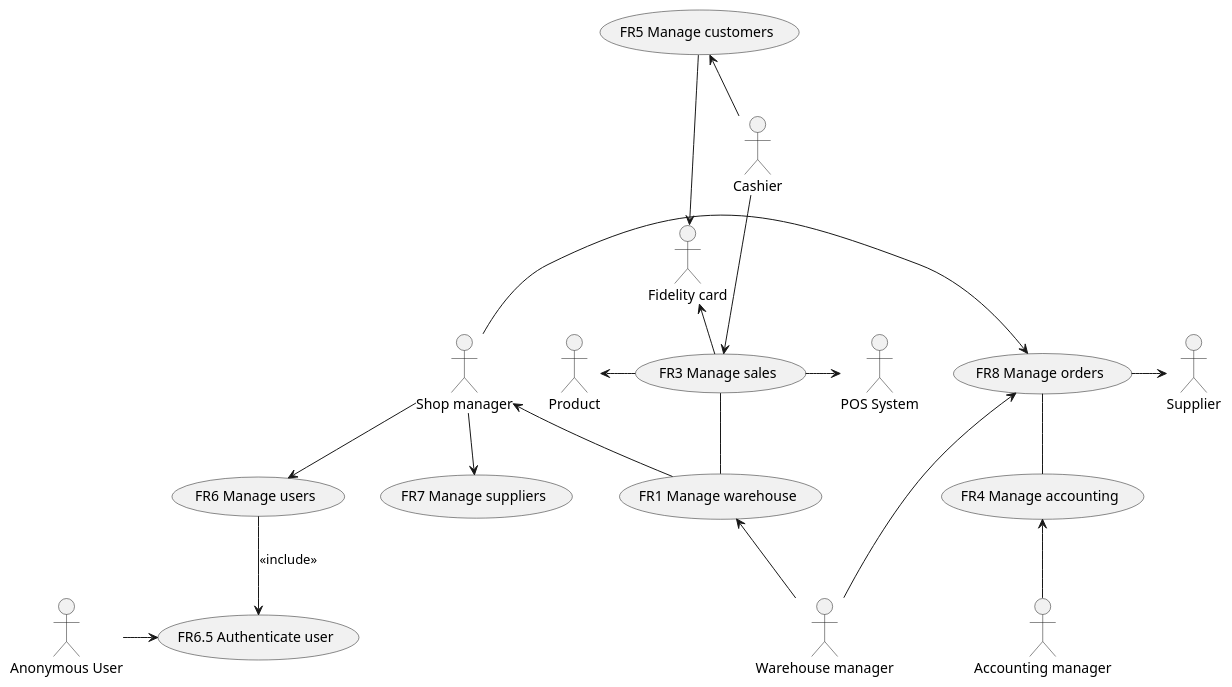
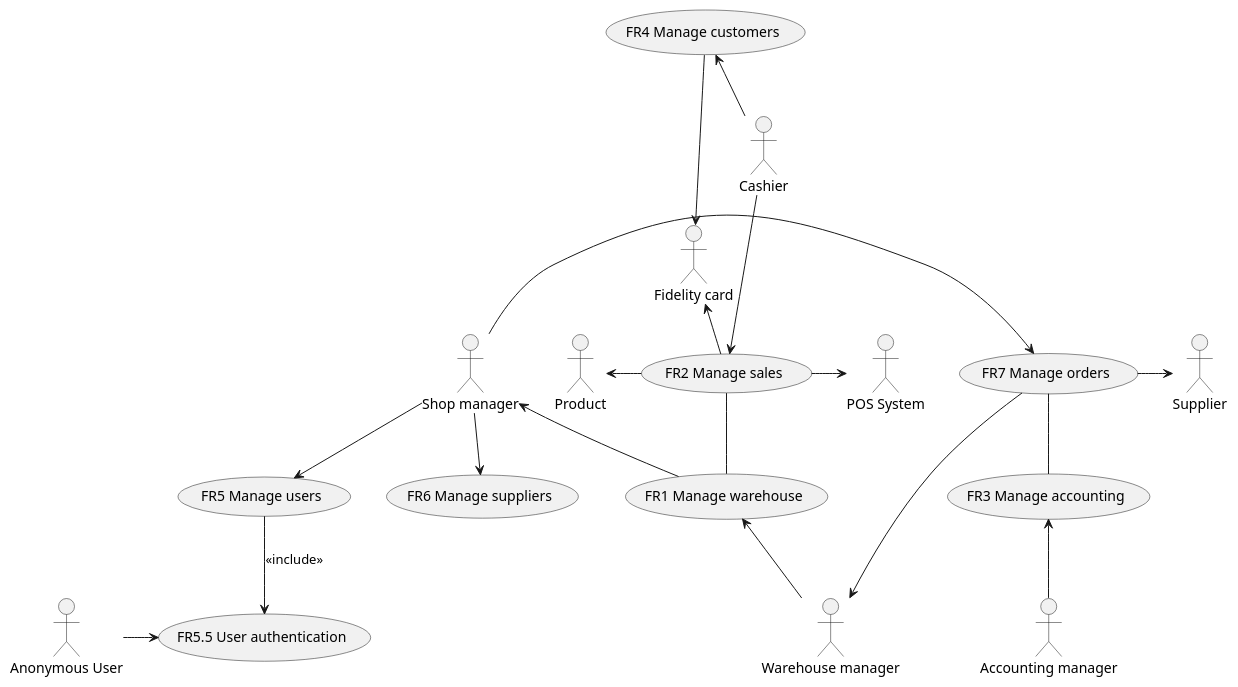
Before and after one commit to BMike10/EzShop: the second of 5 diagrams in Deliverables/RequirementsDocument.md, drawn with PlantUML.

Commit message:
doc: corrected FR numbers in UCD

```diff
--- a/Deliverables/RequirementsDocument.md
+++ b/Deliverables/RequirementsDocument.md
@@ -243,66 +243,65 @@
 	@startuml usecase_diagram
 		' use cases
 		usecase "FR1 Manage warehouse" as mi
-		'usecase "FR2 Manage catalogue" as mca
-		usecase "FR3 Manage sales" as ms
-		usecase "FR4 Manage accounting" as ma
-		usecase "FR5 Manage customers" as mc
-		usecase "FR6 Manage users" as mu
-		usecase "FR7 Manage suppliers" as msu
-		usecase "FR8 Manage orders" as mo
-		usecase "FR6.5 Authenticate user" as mua	
+		usecase "FR2 Manage sales" as ms
+		usecase "FR3 Manage accounting" as ma
+		usecase "FR4 Manage customers" as mc
+		usecase "FR5 Manage users" as mu
+		usecase "FR6 Manage suppliers" as msu
+		usecase "FR7 Manage orders" as mo
+		usecase "FR5.5 User authentication" as mua	
 
 		' actors
 		actor :Supplier: as s
 		actor :POS System: as ccs
 		actor :Fidelity card: as fc	
 
 		actor :Shop manager: as sm
 		actor :Cashier: as cr
 		actor :Accounting manager: as am
 		actor :Warehouse manager: as wm
 		'variant with only the end user
 		actor :Anonymous User: as u
 		'u --> mi
 		'u --> mca
 		'u --> ms
 		'u --> ma
 		'u --> mc
 		'u --> mu
 		'u --> msu
 		'u --> mo
 		u -> mua
 
 		' associations
 		mu --> mua: <<include>>
 		ms -- mi
 		mo -- ma
 		''' shop manager 
 		 sm --> mu
 		 ' sm --> ma
 		  sm <-- mi
 		 ' sm --> mc
 		 ' sm --> ms
 		 sm --> msu
 		 sm -> mo
 		 ' sm --> mca
 		 ' accounting manager
 		 ma <-- am
 		 ' cashier
 		 ' mi <-- cr
 		 cr --> ms
 		 mc <-- cr
 		 ' warehouse manager
 		 mi <-- wm
 		 'wm -> mca
-		 mo <-- wm
+		 mo --> wm
 		
 		' POS system
 		ms -> ccs
 		' supplier 
 		mo -> s
 		' fidelity card
 		mc --> fc
 		:Product: <- ms
 		fc <- ms
 	@enduml
```
